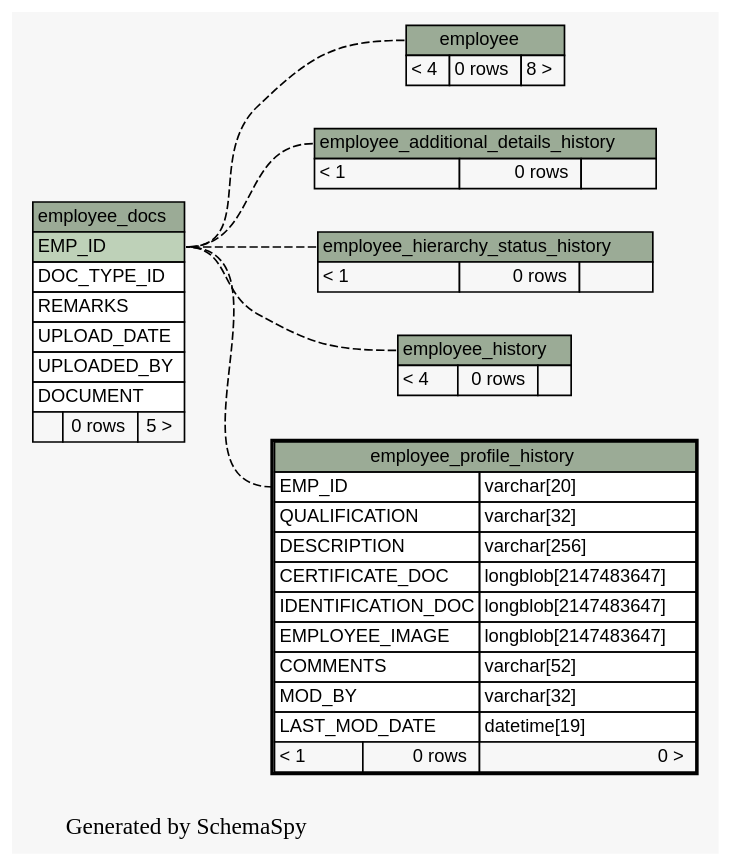
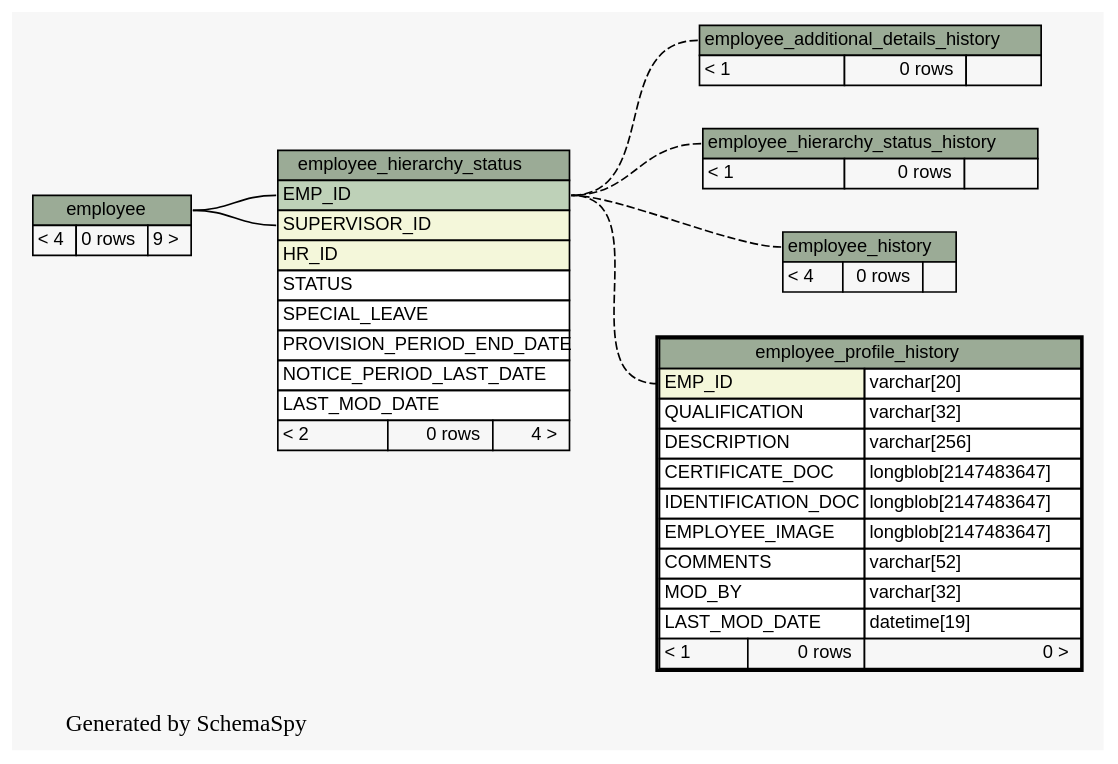
The diagram in docs/database/schemaspy/graphs/employee_profile_history.implied2degrees.dot (engineerscraft/hrms), drawn with Graphviz before and after one commit. The commit also changed 201 other files, not shown here.

```diff
--- a/docs/database/schemaspy/graphs/employee_profile_history.implied2degrees.dot
+++ b/docs/database/schemaspy/graphs/employee_profile_history.implied2degrees.dot
@@ -1,91 +1,94 @@
 // dot 2.38.0 on Windows 7 6.1
 digraph "impliedTwoDegreesRelationshipsGraph" {
   graph [
     rankdir="RL"
     bgcolor="#f7f7f7"
     label="\nGenerated by SchemaSpy"
     labeljust="l"
   ];
   node [
     fontname="Helvetica"
     fontsize="11"
     shape="plaintext"
   ];
   edge [
     arrowsize="0.8"
   ];
-  "employee":"employee.heading":w -> "employee_docs":"EMP_ID":e [arrowtail=tee arrowhead=none style=dashed];
-  "employee_additional_details_history":"employee_additional_details_history.heading":w -> "employee_docs":"EMP_ID":e [arrowtail=crowodot arrowhead=none style=dashed];
-  "employee_hierarchy_status_history":"employee_hierarchy_status_history.heading":w -> "employee_docs":"EMP_ID":e [arrowtail=tee arrowhead=none style=dashed];
-  "employee_history":"employee_history.heading":w -> "employee_docs":"EMP_ID":e [arrowtail=tee arrowhead=none style=dashed];
-  "employee_profile_history":"EMP_ID":w -> "employee_docs":"EMP_ID":e [arrowtail=crowodot arrowhead=none style=dashed];
+  "employee_additional_details_history":"employee_additional_details_history.heading":w -> "employee_hierarchy_status":"EMP_ID":e [arrowtail=crowodot arrowhead=none style=dashed];
+  "employee_hierarchy_status":"EMP_ID":w -> "employee":"employee.heading":e [arrowtail=tee arrowhead=none];
+  "employee_hierarchy_status":"SUPERVISOR_ID":w -> "employee":"employee.heading":e [arrowtail=crowodot arrowhead=none];
+  "employee_hierarchy_status_history":"employee_hierarchy_status_history.heading":w -> "employee_hierarchy_status":"EMP_ID":e [arrowtail=tee arrowhead=none style=dashed];
+  "employee_history":"employee_history.heading":w -> "employee_hierarchy_status":"EMP_ID":e [arrowtail=tee arrowhead=none style=dashed];
+  "employee_profile_history":"EMP_ID":w -> "employee_hierarchy_status":"EMP_ID":e [arrowtail=crowodot arrowhead=none style=dashed];
   "employee" [
     label=<
     <TABLE BORDER="0" CELLBORDER="1" CELLSPACING="0" BGCOLOR="#ffffff">
       <TR><TD PORT="employee.heading" COLSPAN="3" BGCOLOR="#9bab96" ALIGN="CENTER">employee</TD></TR>
-      <TR><TD ALIGN="LEFT" BGCOLOR="#f7f7f7">&lt; 4</TD><TD ALIGN="RIGHT" BGCOLOR="#f7f7f7">0 rows</TD><TD ALIGN="RIGHT" BGCOLOR="#f7f7f7">8 &gt;</TD></TR>
+      <TR><TD ALIGN="LEFT" BGCOLOR="#f7f7f7">&lt; 4</TD><TD ALIGN="RIGHT" BGCOLOR="#f7f7f7">0 rows</TD><TD ALIGN="RIGHT" BGCOLOR="#f7f7f7">9 &gt;</TD></TR>
     </TABLE>>
     URL="employee.html#graph"
     tooltip="employee"
   ];
   "employee_additional_details_history" [
     label=<
     <TABLE BORDER="0" CELLBORDER="1" CELLSPACING="0" BGCOLOR="#ffffff">
       <TR><TD PORT="employee_additional_details_history.heading" COLSPAN="3" BGCOLOR="#9bab96" ALIGN="CENTER">employee_additional_details_history</TD></TR>
       <TR><TD ALIGN="LEFT" BGCOLOR="#f7f7f7">&lt; 1</TD><TD ALIGN="RIGHT" BGCOLOR="#f7f7f7">0 rows</TD><TD ALIGN="RIGHT" BGCOLOR="#f7f7f7">  </TD></TR>
     </TABLE>>
     URL="employee_additional_details_history.html#graph"
     tooltip="employee_additional_details_history"
   ];
-  "employee_docs" [
+  "employee_hierarchy_status" [
     label=<
     <TABLE BORDER="0" CELLBORDER="1" CELLSPACING="0" BGCOLOR="#ffffff">
-      <TR><TD PORT="employee_docs.heading" COLSPAN="3" BGCOLOR="#9bab96" ALIGN="CENTER">employee_docs</TD></TR>
+      <TR><TD PORT="employee_hierarchy_status.heading" COLSPAN="3" BGCOLOR="#9bab96" ALIGN="CENTER">employee_hierarchy_status</TD></TR>
       <TR><TD PORT="EMP_ID" COLSPAN="3" BGCOLOR="#bed1b8" ALIGN="LEFT">EMP_ID</TD></TR>
-      <TR><TD PORT="DOC_TYPE_ID" COLSPAN="3" ALIGN="LEFT">DOC_TYPE_ID</TD></TR>
-      <TR><TD PORT="REMARKS" COLSPAN="3" ALIGN="LEFT">REMARKS</TD></TR>
-      <TR><TD PORT="UPLOAD_DATE" COLSPAN="3" ALIGN="LEFT">UPLOAD_DATE</TD></TR>
-      <TR><TD PORT="UPLOADED_BY" COLSPAN="3" ALIGN="LEFT">UPLOADED_BY</TD></TR>
-      <TR><TD PORT="DOCUMENT" COLSPAN="3" ALIGN="LEFT">DOCUMENT</TD></TR>
-      <TR><TD ALIGN="LEFT" BGCOLOR="#f7f7f7">  </TD><TD ALIGN="RIGHT" BGCOLOR="#f7f7f7">0 rows</TD><TD ALIGN="RIGHT" BGCOLOR="#f7f7f7">5 &gt;</TD></TR>
+      <TR><TD PORT="SUPERVISOR_ID" COLSPAN="3" BGCOLOR="#f4f7da" ALIGN="LEFT">SUPERVISOR_ID</TD></TR>
+      <TR><TD PORT="HR_ID" COLSPAN="3" BGCOLOR="#f4f7da" ALIGN="LEFT">HR_ID</TD></TR>
+      <TR><TD PORT="STATUS" COLSPAN="3" ALIGN="LEFT">STATUS</TD></TR>
+      <TR><TD PORT="SPECIAL_LEAVE" COLSPAN="3" ALIGN="LEFT">SPECIAL_LEAVE</TD></TR>
+      <TR><TD PORT="PROVISION_PERIOD_END_DATE" COLSPAN="3" ALIGN="LEFT">PROVISION_PERIOD_END_DATE</TD></TR>
+      <TR><TD PORT="NOTICE_PERIOD_LAST_DATE" COLSPAN="3" ALIGN="LEFT">NOTICE_PERIOD_LAST_DATE</TD></TR>
+      <TR><TD PORT="LAST_MOD_DATE" COLSPAN="3" ALIGN="LEFT">LAST_MOD_DATE</TD></TR>
+      <TR><TD ALIGN="LEFT" BGCOLOR="#f7f7f7">&lt; 2</TD><TD ALIGN="RIGHT" BGCOLOR="#f7f7f7">0 rows</TD><TD ALIGN="RIGHT" BGCOLOR="#f7f7f7">4 &gt;</TD></TR>
     </TABLE>>
-    URL="employee_docs.html#graph"
-    tooltip="employee_docs"
+    URL="employee_hierarchy_status.html#graph"
+    tooltip="employee_hierarchy_status"
   ];
   "employee_hierarchy_status_history" [
     label=<
     <TABLE BORDER="0" CELLBORDER="1" CELLSPACING="0" BGCOLOR="#ffffff">
       <TR><TD PORT="employee_hierarchy_status_history.heading" COLSPAN="3" BGCOLOR="#9bab96" ALIGN="CENTER">employee_hierarchy_status_history</TD></TR>
       <TR><TD ALIGN="LEFT" BGCOLOR="#f7f7f7">&lt; 1</TD><TD ALIGN="RIGHT" BGCOLOR="#f7f7f7">0 rows</TD><TD ALIGN="RIGHT" BGCOLOR="#f7f7f7">  </TD></TR>
     </TABLE>>
     URL="employee_hierarchy_status_history.html#graph"
     tooltip="employee_hierarchy_status_history"
   ];
   "employee_history" [
     label=<
     <TABLE BORDER="0" CELLBORDER="1" CELLSPACING="0" BGCOLOR="#ffffff">
       <TR><TD PORT="employee_history.heading" COLSPAN="3" BGCOLOR="#9bab96" ALIGN="CENTER">employee_history</TD></TR>
       <TR><TD ALIGN="LEFT" BGCOLOR="#f7f7f7">&lt; 4</TD><TD ALIGN="RIGHT" BGCOLOR="#f7f7f7">0 rows</TD><TD ALIGN="RIGHT" BGCOLOR="#f7f7f7">  </TD></TR>
     </TABLE>>
     URL="employee_history.html#graph"
     tooltip="employee_history"
   ];
   "employee_profile_history" [
     label=<
     <TABLE BORDER="2" CELLBORDER="1" CELLSPACING="0" BGCOLOR="#ffffff">
       <TR><TD PORT="employee_profile_history.heading" COLSPAN="3" BGCOLOR="#9bab96" ALIGN="CENTER">employee_profile_history</TD></TR>
-      <TR><TD PORT="EMP_ID" COLSPAN="2" ALIGN="LEFT">EMP_ID</TD><TD PORT="EMP_ID.type" ALIGN="LEFT">varchar[20]</TD></TR>
+      <TR><TD PORT="EMP_ID" COLSPAN="2" BGCOLOR="#f4f7da" ALIGN="LEFT">EMP_ID</TD><TD PORT="EMP_ID.type" ALIGN="LEFT">varchar[20]</TD></TR>
       <TR><TD PORT="QUALIFICATION" COLSPAN="2" ALIGN="LEFT">QUALIFICATION</TD><TD PORT="QUALIFICATION.type" ALIGN="LEFT">varchar[32]</TD></TR>
       <TR><TD PORT="DESCRIPTION" COLSPAN="2" ALIGN="LEFT">DESCRIPTION</TD><TD PORT="DESCRIPTION.type" ALIGN="LEFT">varchar[256]</TD></TR>
       <TR><TD PORT="CERTIFICATE_DOC" COLSPAN="2" ALIGN="LEFT">CERTIFICATE_DOC</TD><TD PORT="CERTIFICATE_DOC.type" ALIGN="LEFT">longblob[2147483647]</TD></TR>
       <TR><TD PORT="IDENTIFICATION_DOC" COLSPAN="2" ALIGN="LEFT">IDENTIFICATION_DOC</TD><TD PORT="IDENTIFICATION_DOC.type" ALIGN="LEFT">longblob[2147483647]</TD></TR>
       <TR><TD PORT="EMPLOYEE_IMAGE" COLSPAN="2" ALIGN="LEFT">EMPLOYEE_IMAGE</TD><TD PORT="EMPLOYEE_IMAGE.type" ALIGN="LEFT">longblob[2147483647]</TD></TR>
       <TR><TD PORT="COMMENTS" COLSPAN="2" ALIGN="LEFT">COMMENTS</TD><TD PORT="COMMENTS.type" ALIGN="LEFT">varchar[52]</TD></TR>
       <TR><TD PORT="MOD_BY" COLSPAN="2" ALIGN="LEFT">MOD_BY</TD><TD PORT="MOD_BY.type" ALIGN="LEFT">varchar[32]</TD></TR>
       <TR><TD PORT="LAST_MOD_DATE" COLSPAN="2" ALIGN="LEFT">LAST_MOD_DATE</TD><TD PORT="LAST_MOD_DATE.type" ALIGN="LEFT">datetime[19]</TD></TR>
       <TR><TD ALIGN="LEFT" BGCOLOR="#f7f7f7">&lt; 1</TD><TD ALIGN="RIGHT" BGCOLOR="#f7f7f7">0 rows</TD><TD ALIGN="RIGHT" BGCOLOR="#f7f7f7">0 &gt;</TD></TR>
     </TABLE>>
     URL="employee_profile_history.html#"
     tooltip="employee_profile_history"
   ];
 }
```
